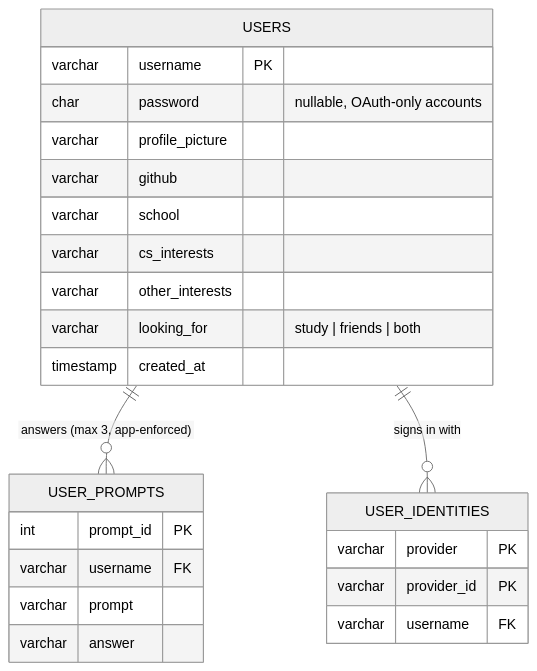
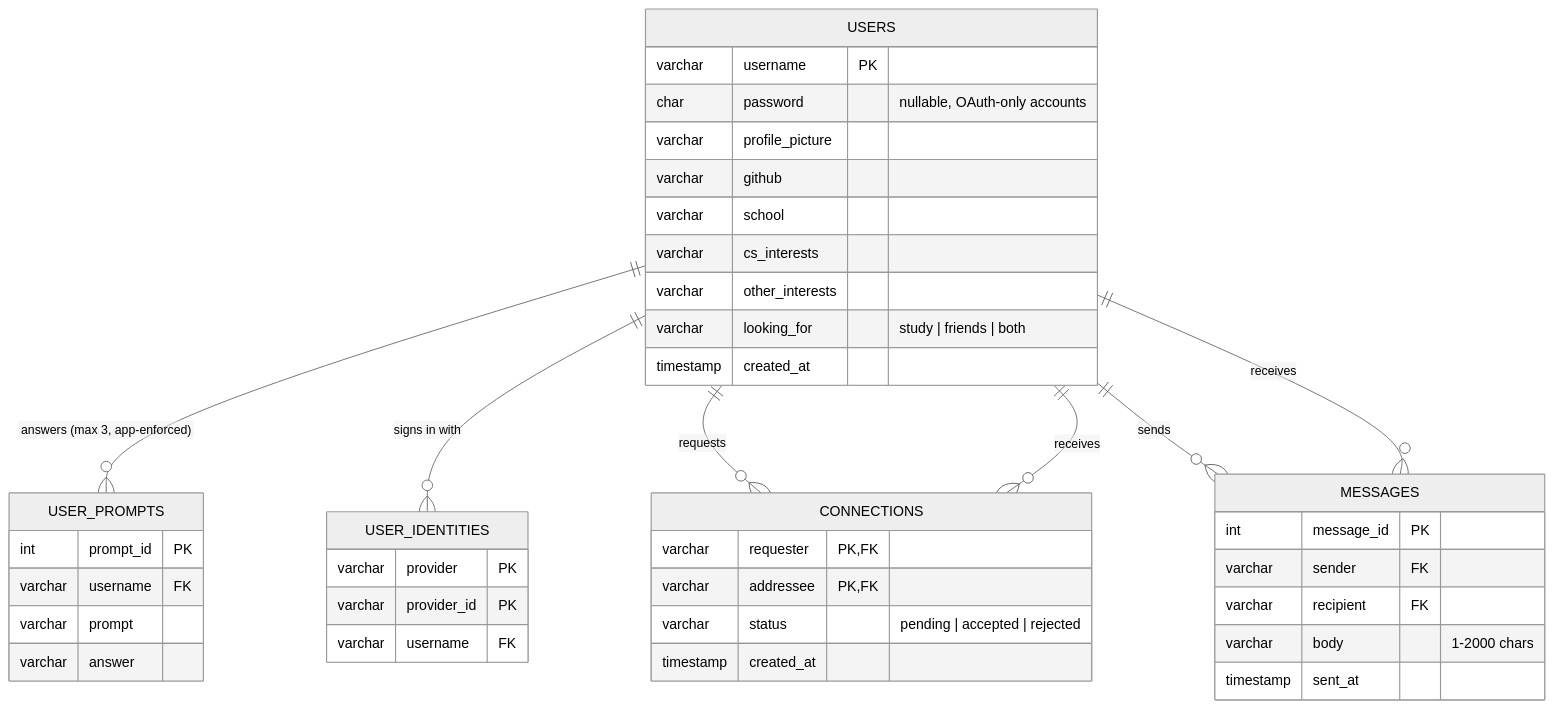
One commit to meerab9/CSCI-3308-Group-Project- changed the diagram in diagrams/erd/erd.mmd. Above: the diagram before and after it, drawn with Mermaid (neutral theme). The commit also changed 12 other files, not shown here.

```diff
--- a/diagrams/erd/erd.mmd
+++ b/diagrams/erd/erd.mmd
@@ -1,25 +1,42 @@
 erDiagram
     USERS {
         varchar username PK
         char password "nullable, OAuth-only accounts"
         varchar profile_picture
         varchar github
         varchar school
         varchar cs_interests
         varchar other_interests
         varchar looking_for "study | friends | both"
         timestamp created_at
     }
     USER_PROMPTS {
         int prompt_id PK
         varchar username FK
         varchar prompt
         varchar answer
     }
     USER_IDENTITIES {
         varchar provider PK
         varchar provider_id PK
         varchar username FK
     }
+    CONNECTIONS {
+        varchar requester PK,FK
+        varchar addressee PK,FK
+        varchar status "pending | accepted | rejected"
+        timestamp created_at
+    }
+    MESSAGES {
+        int message_id PK
+        varchar sender FK
+        varchar recipient FK
+        varchar body "1-2000 chars"
+        timestamp sent_at
+    }
     USERS ||--o{ USER_PROMPTS : "answers (max 3, app-enforced)"
     USERS ||--o{ USER_IDENTITIES : "signs in with"
+    USERS ||--o{ CONNECTIONS : "requests"
+    USERS ||--o{ CONNECTIONS : "receives"
+    USERS ||--o{ MESSAGES : "sends"
+    USERS ||--o{ MESSAGES : "receives"
```
